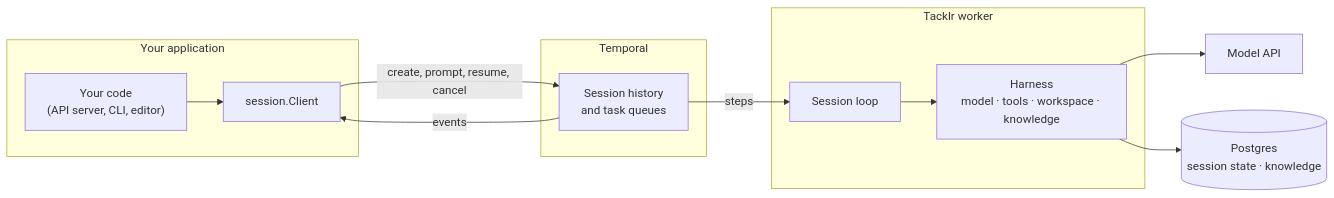
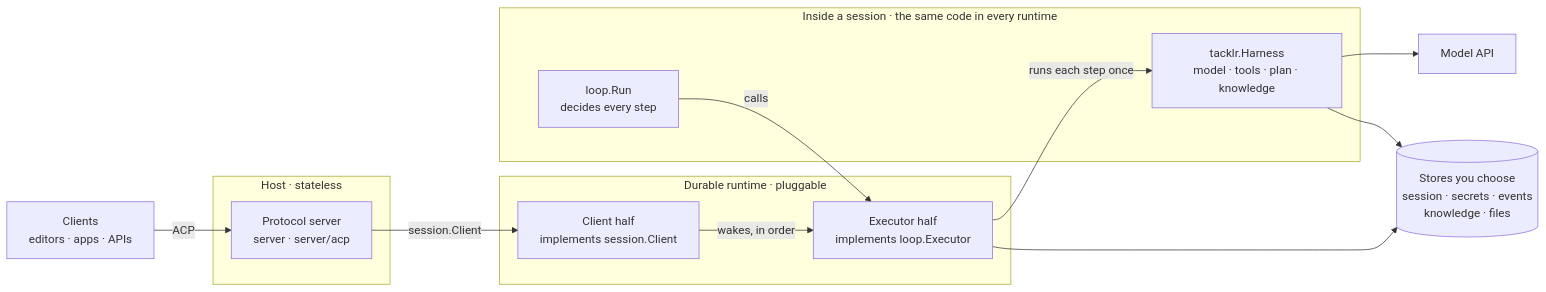
The first of 2 diagrams in README.md (Ryanaldo34/tacklr), drawn with Mermaid before and after one commit. The commit also changed other lines of this file, not shown here.

First line of the commit message:
Rewrite the README around the cloud design and its architecture

````diff
--- a/README.md
+++ b/README.md
@@ -22,24 +33,26 @@
 ```mermaid
 flowchart LR
-    subgraph app["Your application"]
-        host["Your code<br/>(API server, CLI, editor)"]
-        client["session.Client"]
+    clients["Clients<br/>editors · apps · APIs"]
+    subgraph host["Host · stateless"]
+        proto["Protocol server<br/>server · server/acp"]
     end
-    subgraph temporal["Temporal"]
-        history["Session history<br/>and task queues"]
+    subgraph runtime["Durable runtime · pluggable"]
+        rc["Client half<br/>implements session.Client"]
+        rx["Executor half<br/>implements loop.Executor"]
     end
-    subgraph worker["Tacklr worker"]
-        loop["Session loop"]
-        harness["Harness<br/>model · tools · workspace · knowledge"]
+    subgraph sess["Inside a session · the same code in every runtime"]
+        loop["loop.Run<br/>decides every step"]
+        harness["tacklr.Harness<br/>model · tools · plan · knowledge"]
     end
-    db[("Postgres<br/>session state · knowledge")]
-    llm["Model API"]
+    stores[("Stores you choose<br/>session · secrets · events<br/>knowledge · files")]
+    model["Model API"]
 
-    host --> client
-    client -- "create, prompt, resume, cancel" --> history
-    history -- "steps" --> loop
-    loop --> harness
-    harness --> llm
-    harness --> db
-    history -- "events" --> client
+    clients -- "ACP" --> proto
+    proto -- "session.Client" --> rc
+    rc -- "wakes, in order" --> rx
+    loop -- "calls" --> rx
+    rx -- "runs each step once" --> harness
+    harness --> model
+    rx --> stores
+    harness --> stores
 ```
````
